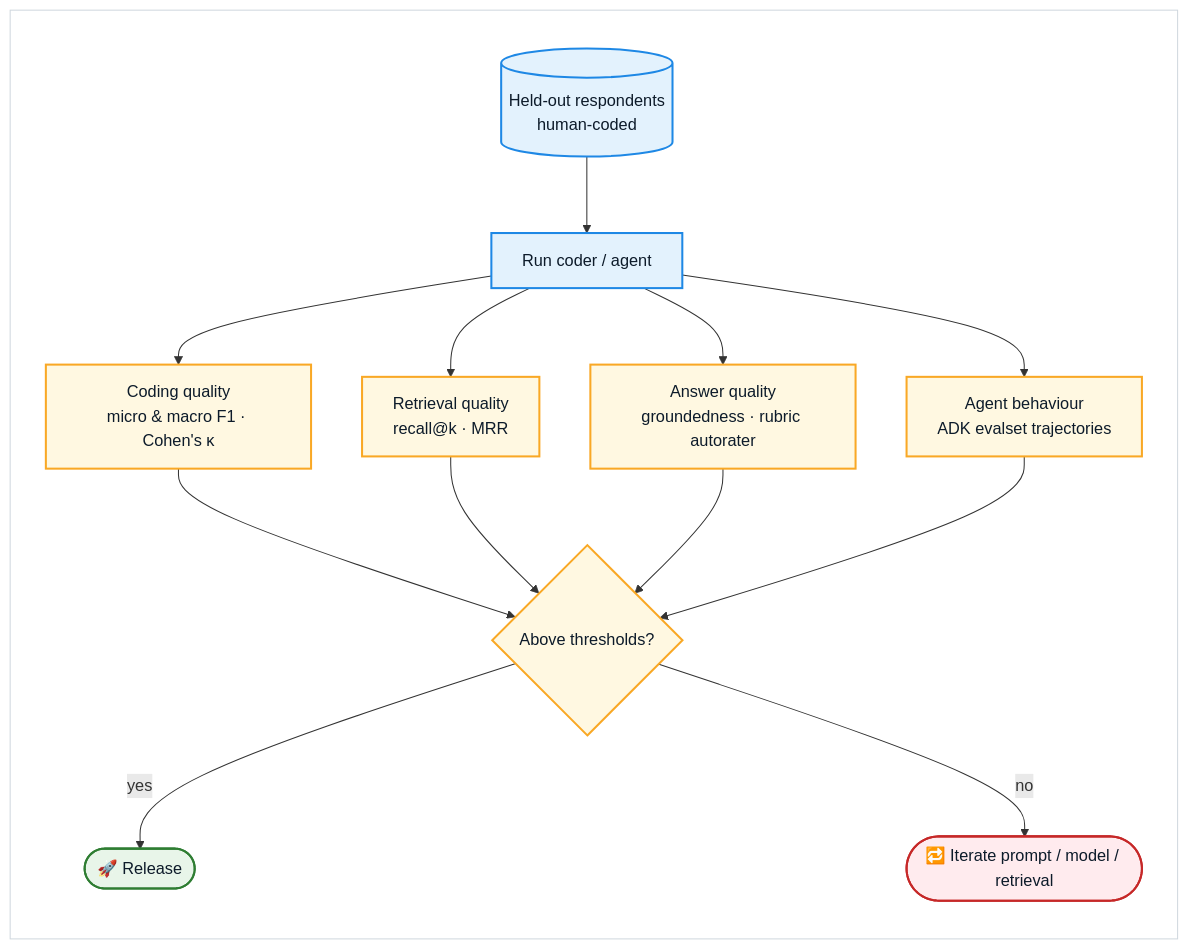
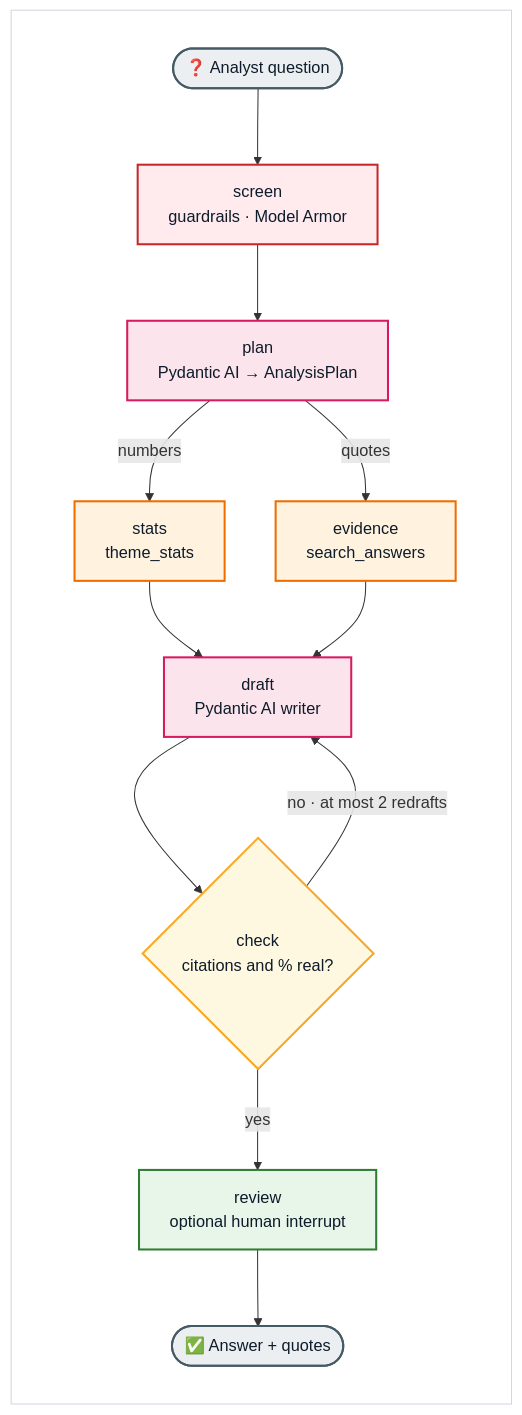
The fourth of 7 diagrams in README.md (ryan-backer-ds/agentic-verbatim-coding), drawn with Mermaid before and after one commit. The commit also changed other lines of this file, not shown here.

Commit message:
Document the finished system with real evaluation results

````diff
--- a/README.md
+++ b/README.md
@@ -252,25 +294,31 @@
 ```mermaid
 %%{init: {'theme': 'default'}}%%
-flowchart TB
+flowchart TD
     subgraph FRAME[" "]
-        direction TB
-        TEST[("Held-out respondents<br/>human-coded")] --> RUN["Run coder / agent"]
-        RUN --> M1["Coding quality<br/>micro & macro F1 · Cohen's κ"]
-        RUN --> M2["Retrieval quality<br/>recall@k · MRR"]
-        RUN --> M3["Answer quality<br/>groundedness · rubric autorater"]
-        RUN --> M4["Agent behaviour<br/>ADK evalset trajectories"]
-        M1 & M2 & M3 & M4 --> GATE{"Above thresholds?"}
-        GATE -- "yes" --> SHIP(["🚀 Release"])
-        GATE -- "no" --> FIX(["🔁 Iterate prompt / model / retrieval"])
+        direction TD
+        Q(["❓ Analyst question"]) --> SCREEN["screen<br/>guardrails · Model Armor"]
+        SCREEN --> PLAN["plan<br/>Pydantic AI → AnalysisPlan"]
+        PLAN -- "numbers" --> STATS["stats<br/>theme_stats"]
+        PLAN -- "quotes" --> EVID["evidence<br/>search_answers"]
+        STATS --> DRAFT["draft<br/>Pydantic AI writer"]
+        EVID --> DRAFT
+        DRAFT --> CHECK{"check<br/>citations and % real?"}
+        CHECK -- "no · at most 2 redrafts" --> DRAFT
+        CHECK -- "yes" --> REVIEW["review<br/>optional human interrupt"]
+        REVIEW --> A(["✅ Answer + quotes"])
     end
 
-    classDef data fill:#E3F2FD,stroke:#1E88E5,stroke-width:2px,color:#0D1B2A
-    classDef metric fill:#FFF8E1,stroke:#F9A825,stroke-width:2px,color:#0D1B2A
-    classDef ok fill:#E8F5E9,stroke:#2E7D32,stroke-width:2px,color:#0D1B2A
-    classDef bad fill:#FFEBEE,stroke:#C62828,stroke-width:2px,color:#0D1B2A
-    class TEST,RUN data
-    class M1,M2,M3,M4,GATE metric
-    class SHIP ok
-    class FIX bad
+    classDef io fill:#ECEFF1,stroke:#455A64,stroke-width:2px,color:#0D1B2A
+    classDef guard fill:#FFEBEE,stroke:#C62828,stroke-width:2px,color:#0D1B2A
+    classDef llm fill:#FCE4EC,stroke:#D81B60,stroke-width:2px,color:#0D1B2A
+    classDef tool fill:#FFF3E0,stroke:#EF6C00,stroke-width:2px,color:#0D1B2A
+    classDef decide fill:#FFF8E1,stroke:#F9A825,stroke-width:2px,color:#0D1B2A
+    classDef human fill:#E8F5E9,stroke:#2E7D32,stroke-width:2px,color:#0D1B2A
+    class Q,A io
+    class SCREEN guard
+    class PLAN,DRAFT llm
+    class STATS,EVID tool
+    class CHECK decide
+    class REVIEW human
     style FRAME fill:#FFFFFF,stroke:#D0D7DE,stroke-width:1px,color:#FFFFFF
 ```
````
